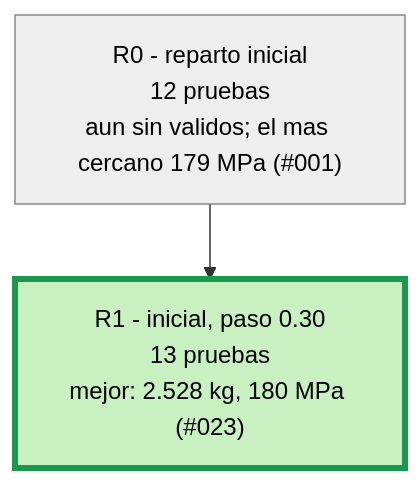
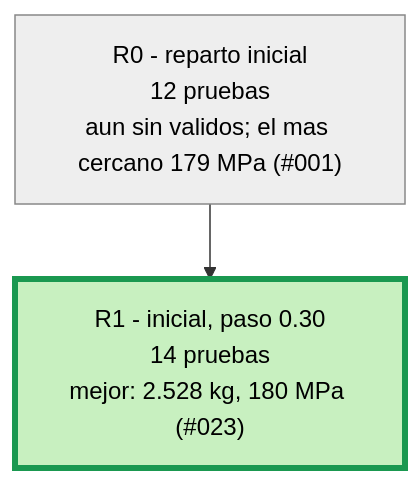
Before and after one commit to Hugiko/msd-soporte-optimizacion: the second of 3 diagrams in runs/opt_37800N/ARBOL.md, drawn with Mermaid. The commit also changed 14 other files, not shown here.

````diff
--- a/runs/opt_37800N/ARBOL.md
+++ b/runs/opt_37800N/ARBOL.md
@@ -21,9 +21,9 @@
 ```mermaid
 graph TD
 classDef activa fill:#d6eaff,stroke:#1f6fb5,color:#000
 classDef fin fill:#eeeeee,stroke:#888,color:#000
 classDef mejor fill:#c8f0c0,stroke:#1a9850,stroke-width:4px,color:#000
 R0["R0 - reparto inicial<br/>12 pruebas<br/>aun sin validos; el mas cercano 179 MPa (#001)"]:::fin
-R1["R1 - inicial, paso 0.30<br/>13 pruebas<br/>mejor: 2.528 kg, 180 MPa (#023)"]:::mejor
+R1["R1 - inicial, paso 0.30<br/>14 pruebas<br/>mejor: 2.528 kg, 180 MPa (#023)"]:::mejor
 R0 --> R1
 ```
````
